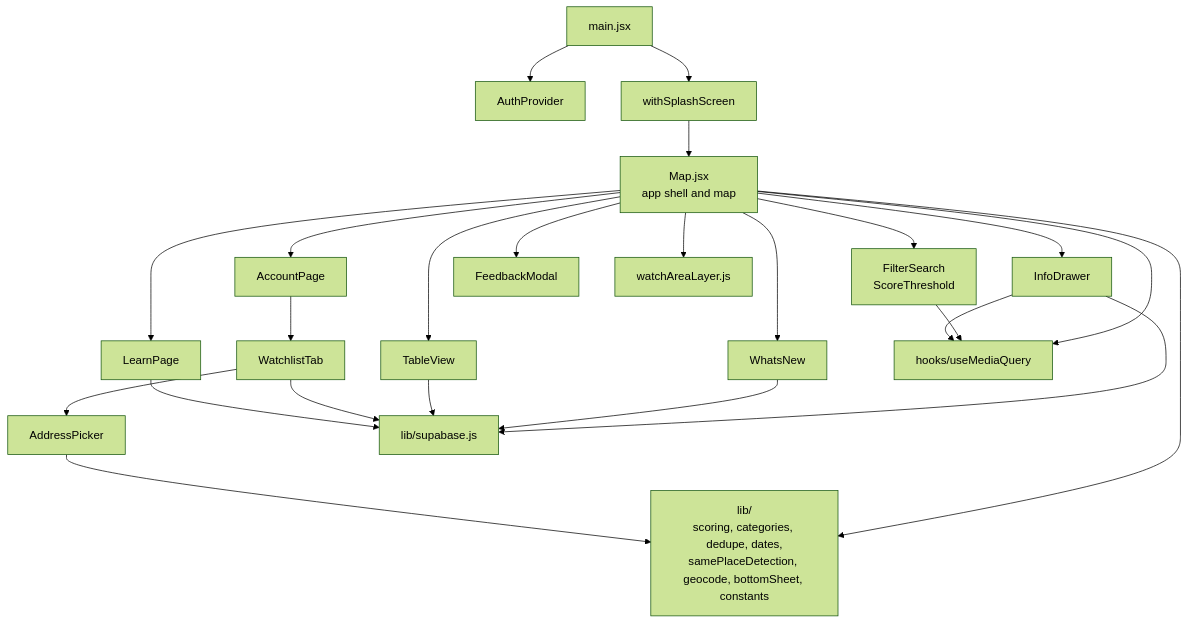
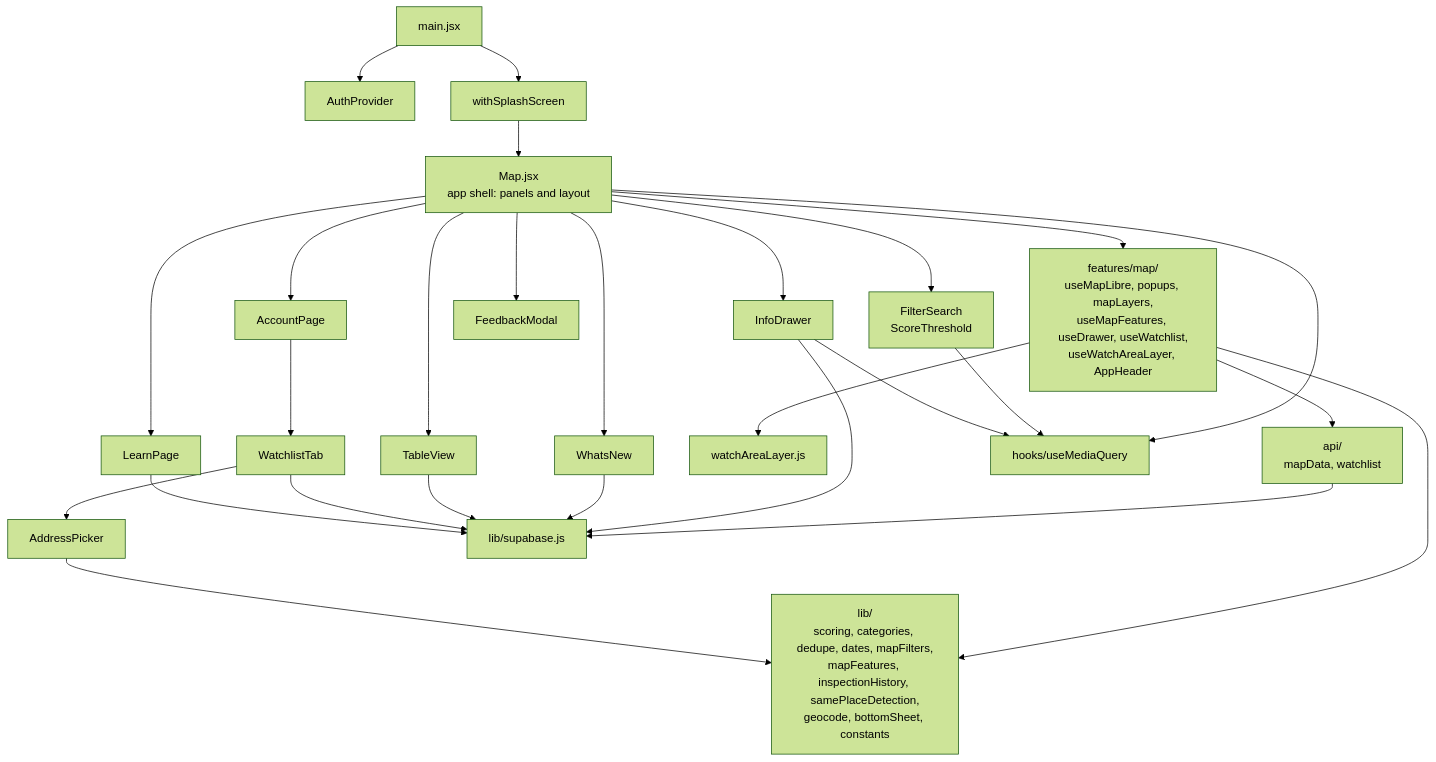
Before and after one commit to AndyGutterman/Louisville-Health-Inspection-Map: the second of 3 diagrams in docs/ARCHITECTURE.md, drawn with Mermaid (forest theme). The commit also changed other lines of this file and 3 other files, not shown here.

First line of the commit message:
docs: describe the Map.jsx split in CLAUDE.md, ARCHITECTURE, REFACTOR_PLAN and README

````diff
--- a/docs/ARCHITECTURE.md
+++ b/docs/ARCHITECTURE.md
@@ -35,26 +35,28 @@
 ```mermaid
 flowchart TD
   main["main.jsx"] --> auth["AuthProvider"]
   main --> splash["withSplashScreen"]
-  splash --> map["Map.jsx<br/>app shell and map"]
+  splash --> map["Map.jsx<br/>app shell: panels and layout"]
 
   map --> filters["FilterSearch<br/>ScoreThreshold"]
   map --> drawer["InfoDrawer"]
   map --> table["TableView"]
   map --> whatsnew["WhatsNew"]
   map --> acct["AccountPage"] --> wl["WatchlistTab"] --> addr["AddressPicker"]
   map --> learn["LearnPage"]
   map --> feedback["FeedbackModal"]
-  map --> wal["watchAreaLayer.js"]
-  map --> lib["lib/<br/>scoring, categories, dedupe, dates,<br/>samePlaceDetection, geocode, bottomSheet, constants"]
+  map --> mapfeat["features/map/<br/>useMapLibre, popups, mapLayers,<br/>useMapFeatures, useDrawer, useWatchlist,<br/>useWatchAreaLayer, AppHeader"]
+  mapfeat --> wal["watchAreaLayer.js"]
+  mapfeat --> api["api/<br/>mapData, watchlist"] --> sb
+  mapfeat --> lib["lib/<br/>scoring, categories, dedupe, dates, mapFilters,<br/>mapFeatures, inspectionHistory, samePlaceDetection,<br/>geocode, bottomSheet, constants"]
   map --> hooks["hooks/useMediaQuery"]
   filters --> hooks
   drawer --> hooks
   addr --> lib
 
   drawer --> sb["lib/supabase.js"]
   whatsnew --> sb
   table --> sb
   wl --> sb
   learn --> sb
 ```
````
